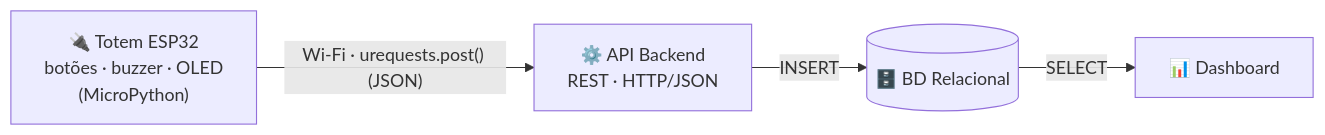
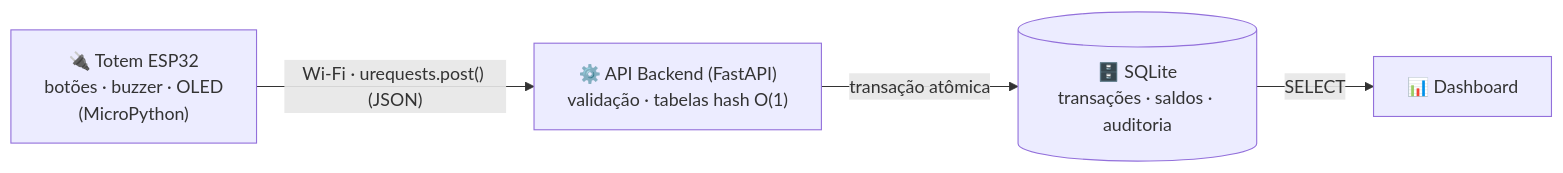
Before and after one commit to RedAkasha/telemetria-esp32-equipenexusdata: the diagram in README.md, drawn with Mermaid. The commit also changed other lines of this file and 15 other files, not shown here.

First line of the commit message:
feat: API FastAPI com validação, tabelas hash O(1) e gravação atômica no SQLite

````diff
--- a/README.md
+++ b/README.md
@@ -16,11 +16,11 @@
 ```mermaid
 flowchart LR
     HW["🔌 Totem ESP32<br/>botões · buzzer · OLED<br/>(MicroPython)"]
-    API["⚙️ API Backend<br/>REST · HTTP/JSON"]
-    DB[("🗄️ BD Relacional")]
+    API["⚙️ API Backend (FastAPI)<br/>validação · tabelas hash O(1)"]
+    DB[("🗄️ SQLite<br/>transações · saldos · auditoria")]
     DASH["📊 Dashboard"]
 
     HW -- "Wi-Fi · urequests.post() (JSON)" --> API
-    API -- "INSERT" --> DB
+    API -- "transação atômica" --> DB
     DB -- "SELECT" --> DASH
 ```
````
